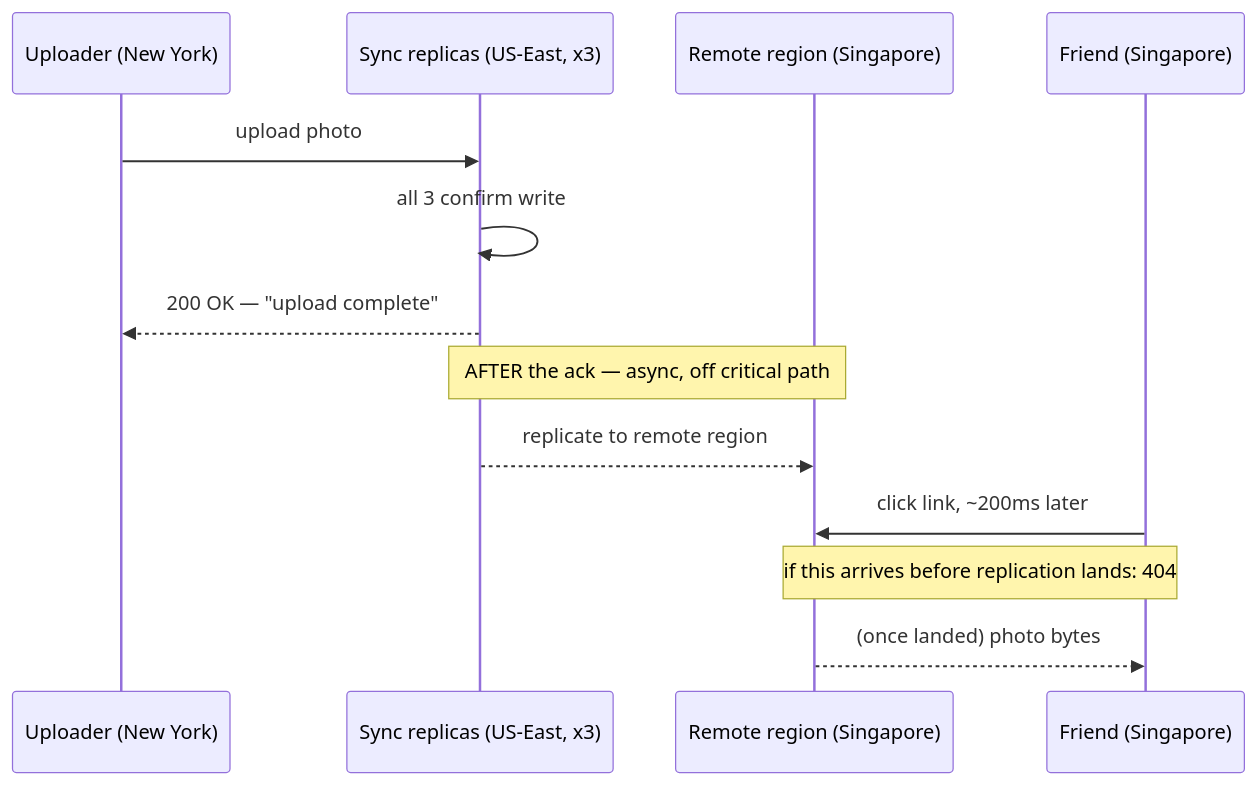
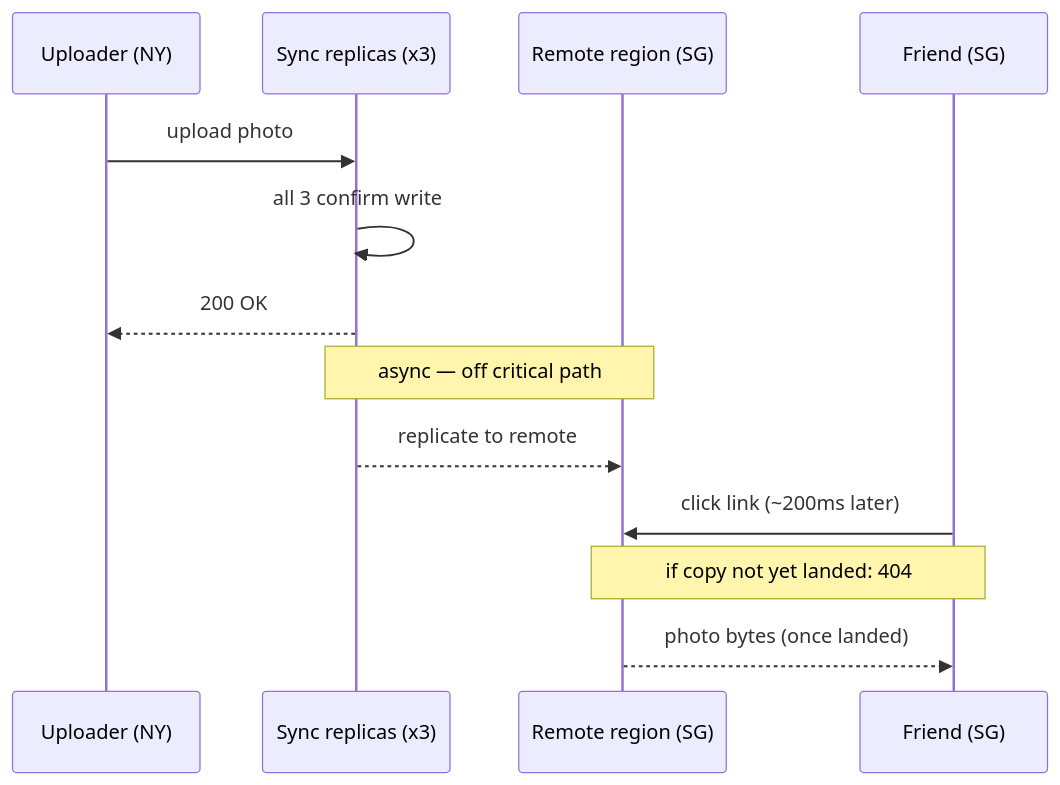
The fifth of 16 diagrams in system-design/HLD/0-course/20-Blob-Store-FAANG-Guide-story.md (riyaz-pasha/Learnings), drawn with Mermaid before and after one commit. The commit also changed other lines of this file and 1 other file, not shown here.

First line of the commit message:
improve readability and fix mermaid diagrams for Blob Store guides

````diff
--- a/system-design/HLD/0-course/20-Blob-Store-FAANG-Guide-story.md
+++ b/system-design/HLD/0-course/20-Blob-Store-FAANG-Guide-story.md
@@ -131,16 +262,16 @@
 ```mermaid
 sequenceDiagram
-    participant C as Uploader (New York)
-    participant Sync as Sync replicas (US-East, x3)
-    participant Async as Remote region (Singapore)
-    participant F as Friend (Singapore)
+    participant C as Uploader (NY)
+    participant S as Sync replicas (x3)
+    participant R as Remote region (SG)
+    participant F as Friend (SG)
 
-    C->>Sync: upload photo
-    Sync->>Sync: all 3 confirm write
-    Sync-->>C: 200 OK — "upload complete"
-    Note over Sync,Async: AFTER the ack — async, off critical path
-    Sync-->>Async: replicate to remote region
-    F->>Async: click link, ~200ms later
-    Note over F,Async: if this arrives before replication lands: 404
-    Async-->>F: (once landed) photo bytes
+    C->>S: upload photo
+    S->>S: all 3 confirm write
+    S-->>C: 200 OK
+    Note over S,R: async — off critical path
+    S-->>R: replicate to remote
+    F->>R: click link (~200ms later)
+    Note over F,R: if copy not yet landed: 404
+    R-->>F: photo bytes (once landed)
 ```
````
